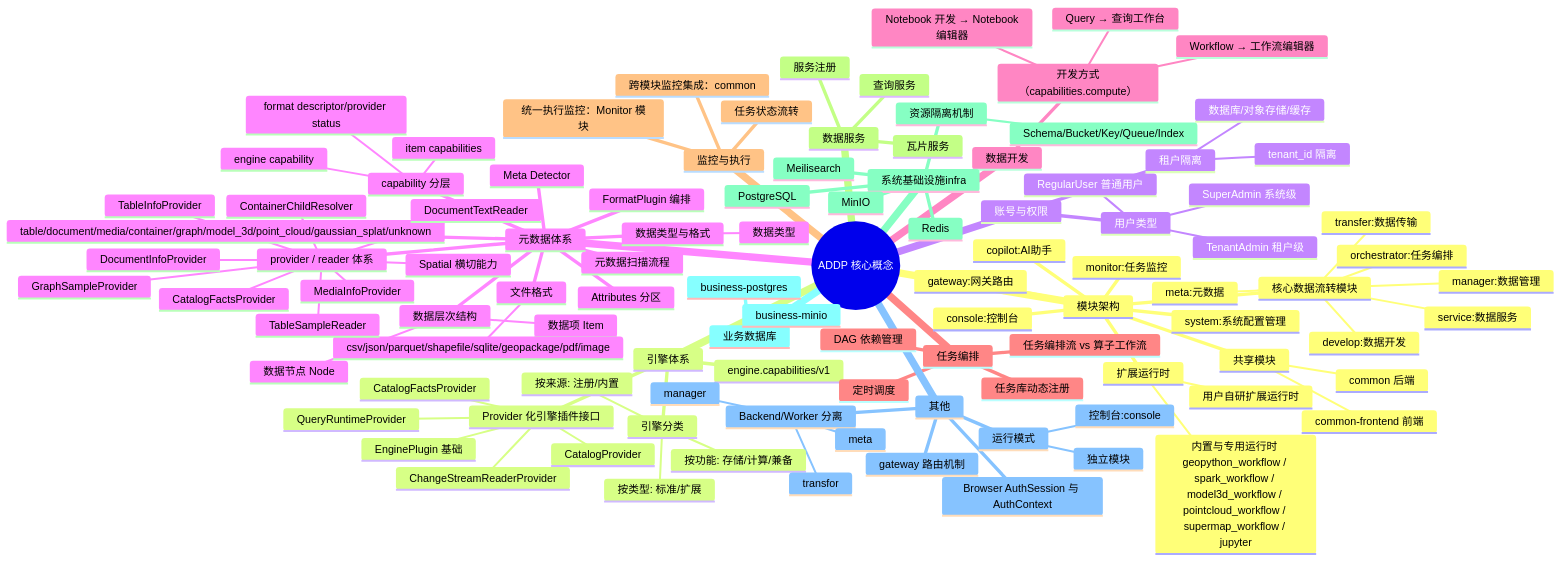
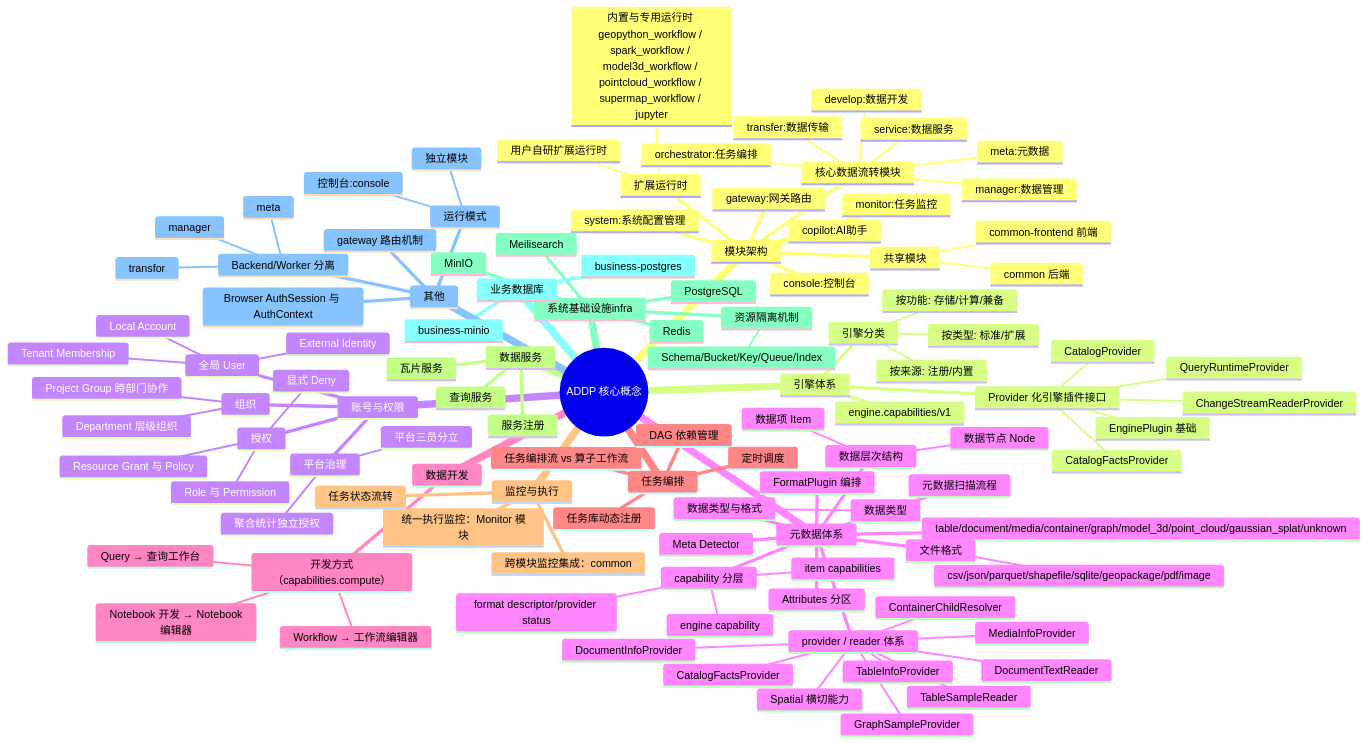
The first of 2 diagrams in docs/concepts/addp核心概念关系图.md (pampa0629/addp), drawn with Mermaid before and after one commit. The commit also changed other lines of this file and 44 other files, not shown here.

```diff
--- a/docs/concepts/addp核心概念关系图.md
+++ b/docs/concepts/addp核心概念关系图.md
@@ -23,7 +23,7 @@
       console:控制台
       gateway:网关路由
       system:系统配置管理
-      核心数据流转模块        
+      核心数据流转模块
         transfer:数据传输
         meta:元数据
         manager:数据管理
@@ -51,13 +51,20 @@
         按来源: 注册/内置
       engine.capabilities/v1
     账号与权限
-      用户类型
-        SuperAdmin 系统级
-        TenantAdmin 租户级
-        RegularUser 普通用户
-      租户隔离
-        tenant_id 隔离
-        数据库/对象存储/缓存
+      全局 User
+        Local Account
+        External Identity
+        Tenant Membership
+      组织
+        Department 层级组织
+        Project Group 跨部门协作
+      授权
+        Role 与 Permission
+        Resource Grant 与 Policy
+        显式 Deny
+      平台治理
+        平台三员分立
+        聚合统计独立授权
     元数据体系
       数据层次结构
         数据节点 Node
```
